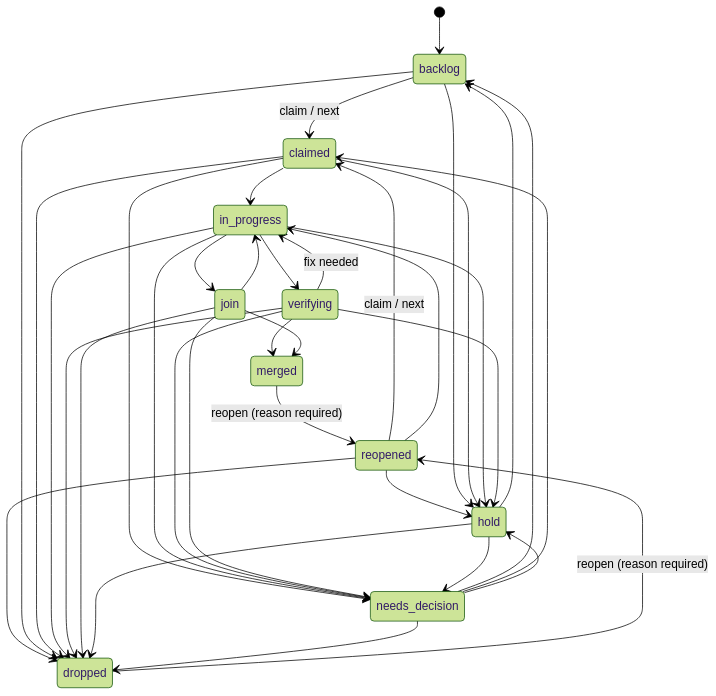
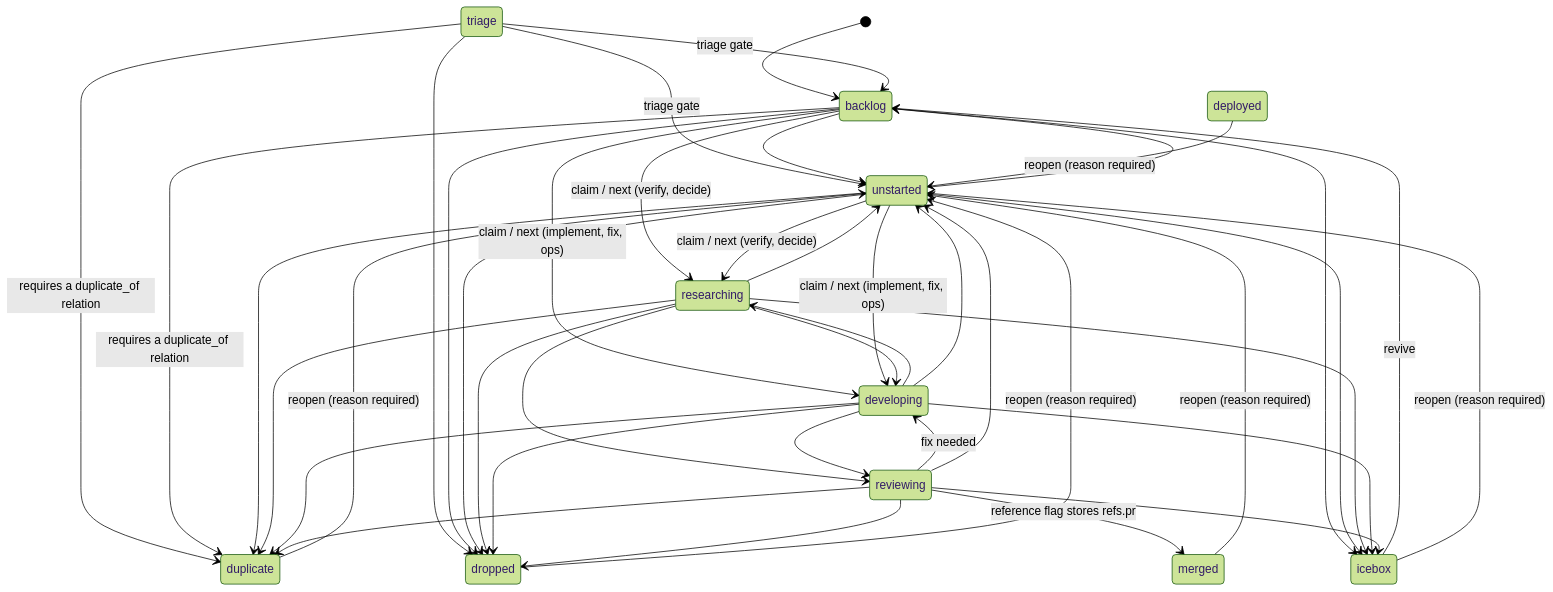
The diagram in README.md (mgh3326/handoffkeep), drawn with Mermaid (forest theme) before and after one commit. The commit also changed other lines of this file and 78 other files, not shown here.

````diff
--- a/README.md
+++ b/README.md
@@ -164,40 +164,44 @@
 ```mermaid
 stateDiagram-v2
     [*] --> backlog
-    merged --> reopened: reopen (reason required)
-    dropped --> reopened: reopen (reason required)
-    reopened --> claimed: claim / next
-    reopened --> in_progress
-    reopened --> hold
-    reopened --> dropped
-    backlog --> claimed: claim / next
-    backlog --> hold
+    triage --> backlog: triage gate
+    triage --> unstarted: triage gate
+    triage --> dropped
+    triage --> duplicate: requires a duplicate_of relation
+    backlog --> unstarted
+    backlog --> researching: claim / next (verify, decide)
+    backlog --> developing: claim / next (implement, fix, ops)
+    backlog --> icebox
     backlog --> dropped
-    claimed --> in_progress
-    claimed --> hold
-    claimed --> needs_decision
-    claimed --> dropped
-    in_progress --> verifying
-    in_progress --> join
-    in_progress --> hold
-    in_progress --> needs_decision
-    in_progress --> dropped
-    verifying --> in_progress: fix needed
-    verifying --> merged
-    verifying --> hold
-    verifying --> needs_decision
-    verifying --> dropped
-    join --> in_progress
-    join --> merged
-    join --> needs_decision
-    join --> dropped
-    hold --> backlog
-    hold --> needs_decision
-    hold --> dropped
-    needs_decision --> backlog
-    needs_decision --> claimed
-    needs_decision --> hold
-    needs_decision --> dropped
-    state merged
-    state dropped
+    backlog --> duplicate: requires a duplicate_of relation
+    unstarted --> backlog
+    unstarted --> researching: claim / next (verify, decide)
+    unstarted --> developing: claim / next (implement, fix, ops)
+    unstarted --> icebox
+    unstarted --> dropped
+    unstarted --> duplicate
+    researching --> developing
+    researching --> reviewing
+    researching --> unstarted
+    researching --> icebox
+    researching --> dropped
+    researching --> duplicate
+    developing --> researching
+    developing --> reviewing
+    developing --> unstarted
+    developing --> icebox
+    developing --> dropped
+    developing --> duplicate
+    reviewing --> developing: fix needed
+    reviewing --> merged: reference flag stores refs.pr
+    reviewing --> unstarted
+    reviewing --> icebox
+    reviewing --> dropped
+    reviewing --> duplicate
+    merged --> unstarted: reopen (reason required)
+    deployed --> unstarted: reopen (reason required)
+    dropped --> unstarted: reopen (reason required)
+    duplicate --> unstarted: reopen (reason required)
+    icebox --> backlog: revive
+    icebox --> unstarted: reopen (reason required)
 ```
````
